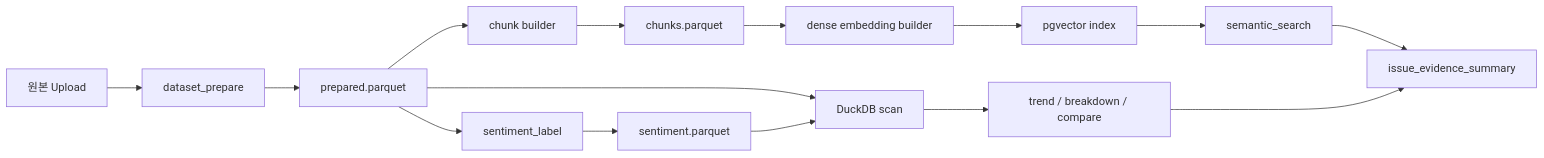
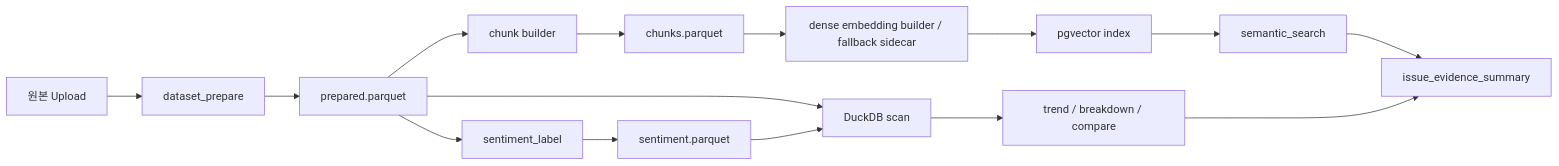
The diagram in docs/architecture/unstructured_storage_transition.md (squirrelabbit/analysis-agent-platform), drawn with Mermaid before and after one commit. The commit also changed other lines of this file and 41 other files, not shown here.

````diff
--- a/docs/architecture/unstructured_storage_transition.md
+++ b/docs/architecture/unstructured_storage_transition.md
@@ -56,17 +61,17 @@
 ```mermaid
 flowchart LR
     Upload["원본 Upload"] --> Prepare["dataset_prepare"]
     Prepare --> Prepared["prepared.parquet"]
     Prepared --> Sentiment["sentiment_label"]
     Prepared --> Chunk["chunk builder"]
     Sentiment --> SentimentParquet["sentiment.parquet"]
     Chunk --> ChunkParquet["chunks.parquet"]
-    ChunkParquet --> Embed["dense embedding builder"]
+    ChunkParquet --> Embed["dense embedding builder / fallback sidecar"]
     Embed --> Index["pgvector index"]
     Prepared --> Duck["DuckDB scan"]
     SentimentParquet --> Duck
     Index --> Search["semantic_search"]
     Search --> Evidence["issue_evidence_summary"]
     Duck --> Trend["trend / breakdown / compare"]
     Trend --> Evidence
 ```
````
